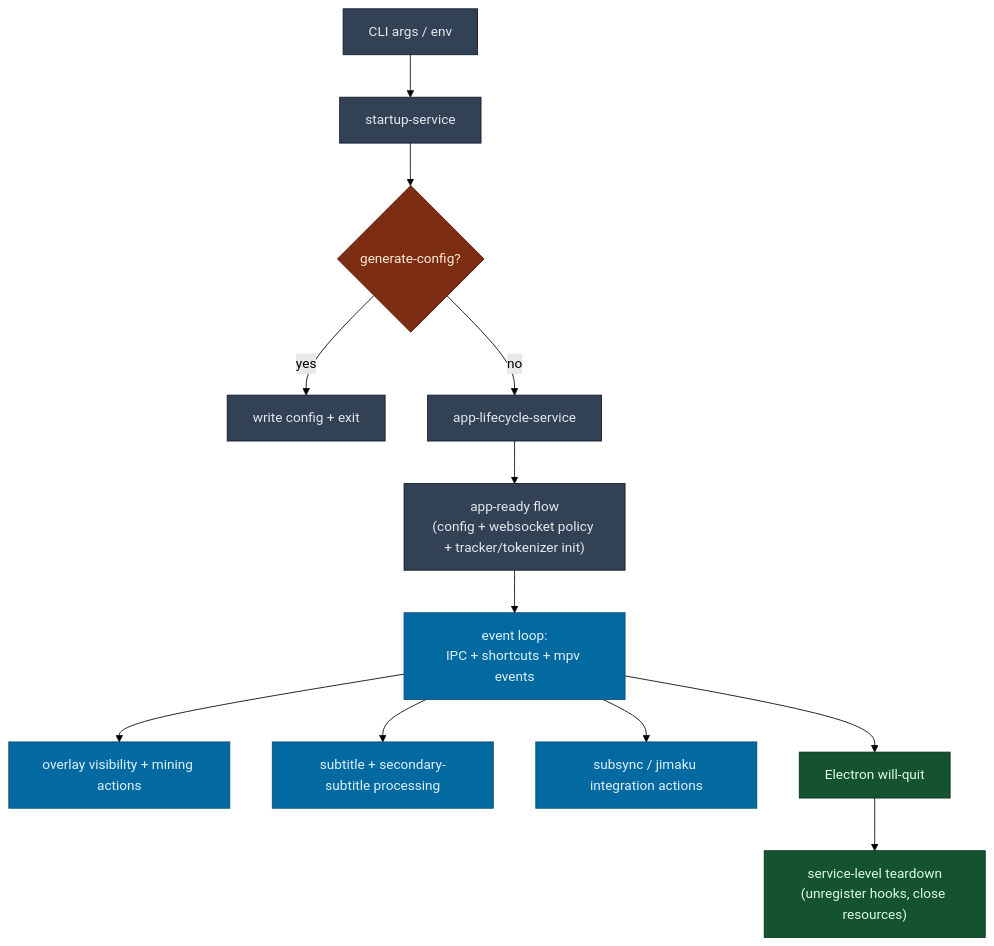
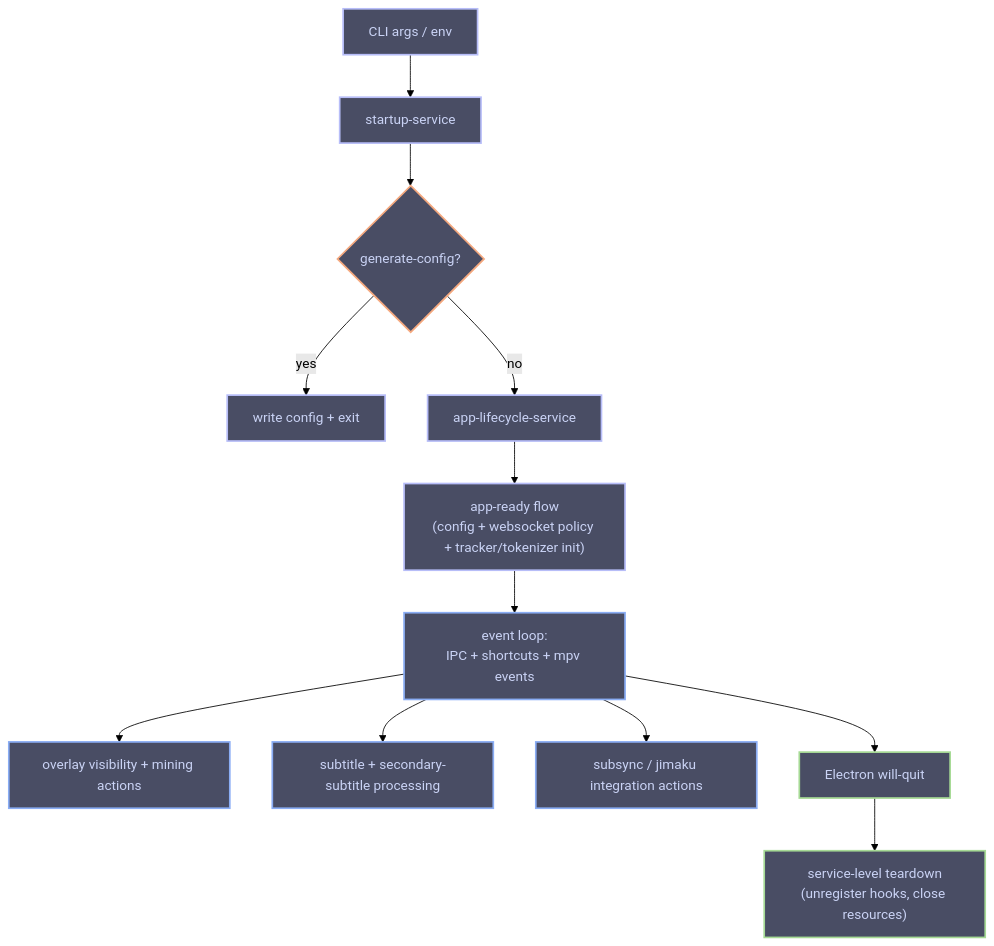
The second of 2 diagrams in docs/architecture.md (ksyasuda/SubMiner), drawn with Mermaid (forest theme) before and after one commit. The commit also changed other lines of this file and 3 other files, not shown here.

````diff
--- a/docs/architecture.md
+++ b/docs/architecture.md
@@ -161,30 +161,30 @@
 ```mermaid
 flowchart TD
-  classDef phase fill:#334155,stroke:#0f172a,color:#e2e8f0;
-  classDef decision fill:#7c2d12,stroke:#431407,color:#ffedd5;
-  classDef runtime fill:#0369a1,stroke:#0c4a6e,color:#e0f2fe;
-  classDef shutdown fill:#14532d,stroke:#052e16,color:#dcfce7;
+  classDef phase fill:#494d64,stroke:#b7bdf8,color:#cad3f5,stroke-width:2px;
+  classDef decision fill:#494d64,stroke:#f5a97f,color:#cad3f5,stroke-width:2px;
+  classDef runtime fill:#494d64,stroke:#8aadf4,color:#cad3f5,stroke-width:2px;
+  classDef shutdown fill:#494d64,stroke:#a6da95,color:#cad3f5,stroke-width:2px;
 
   Args["CLI args / env"] --> Startup["startup-service"]
   class Args,Startup phase;
 
   Startup --> Decision{"generate-config?"}
   class Decision decision;
 
   Decision -->|yes| WriteConfig["write config + exit"]
   Decision -->|no| Lifecycle["app-lifecycle-service"]
   class WriteConfig,Lifecycle phase;
 
   Lifecycle --> Ready["app-ready flow\n(config + websocket policy + tracker/tokenizer init)"]
   class Ready phase;
 
   Ready --> RuntimeBus["event loop:\nIPC + shortcuts + mpv events"]
   RuntimeBus --> Overlay["overlay visibility + mining actions"]
   RuntimeBus --> Subtitle["subtitle + secondary-subtitle processing"]
   RuntimeBus --> Subsync["subsync / jimaku integration actions"]
   class RuntimeBus,Overlay,Subtitle,Subsync runtime;
 
   RuntimeBus --> WillQuit["Electron will-quit"]
   WillQuit --> Cleanup["service-level teardown\n(unregister hooks, close resources)"]
   class WillQuit,Cleanup shutdown;
 ```
````
